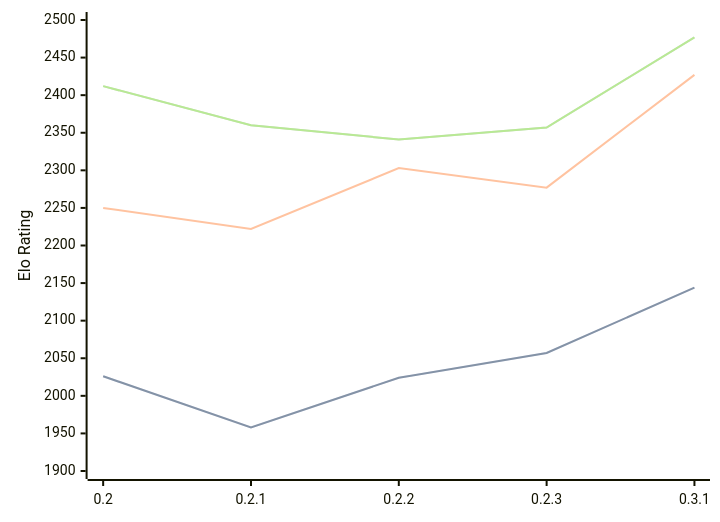
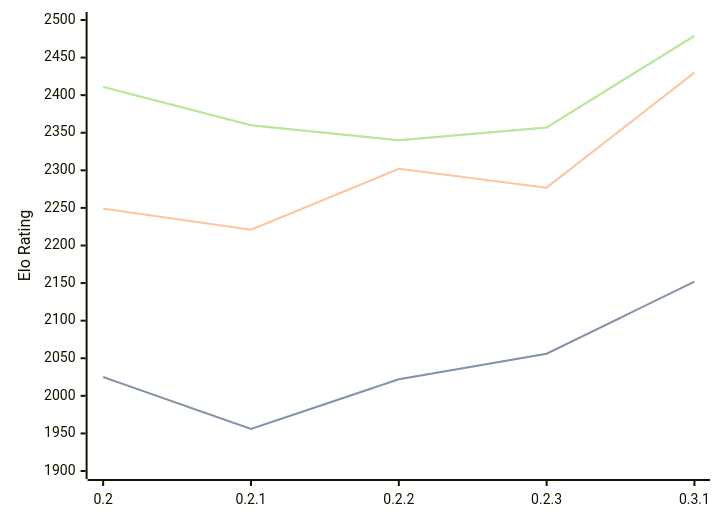
The diagram in engines/Lolbot.md (computer-chess-index/cci), drawn with Mermaid before and after one commit. The commit also changed other lines of this file, not shown here.

Commit message:
Update CCI Ratings (ELO VLTC) - 2026-04-27

````diff
--- a/engines/Lolbot.md
+++ b/engines/Lolbot.md
@@ -36,11 +36,11 @@
 ```mermaid
 %%{init: {"theme":"base","themeVariables":{"seriesColors:['#a3a3a3','#222221','#faa371']}}}%%
 xychart-beta
   x-axis ["0.2", "0.2.1", "0.2.2", "0.2.3", "0.3.1"]
   y-axis "Elo Rating" 1900 --> 2500
-  line "STC (8.0+0.08s)" [2026, 1958, 2024, 2057, 2144]
-  line "STC (8.0+0.08s)" [2026, 1958, 2024, 2057, 2144]
-  line "LTC (60.0+0.60s)" [2250, 2222, 2303, 2277, 2427]
-  line "VLTC (2m24s+1.12s)" [2412, 2360, 2341, 2357, 2477]
-  line "VLTC (2m24s+1.12s)" [2412, 2360, 2341, 2357, 2477]
+  line "STC (8.0+0.08s)" [2025, 1956, 2022, 2056, 2152]
+  line "STC (8.0+0.08s)" [2025, 1956, 2022, 2056, 2152]
+  line "LTC (60.0+0.60s)" [2249, 2221, 2302, 2277, 2430]
+  line "VLTC (2m24s+1.12s)" [2411, 2360, 2340, 2357, 2479]
+  line "VLTC (2m24s+1.12s)" [2411, 2360, 2340, 2357, 2479]
 ```
````
